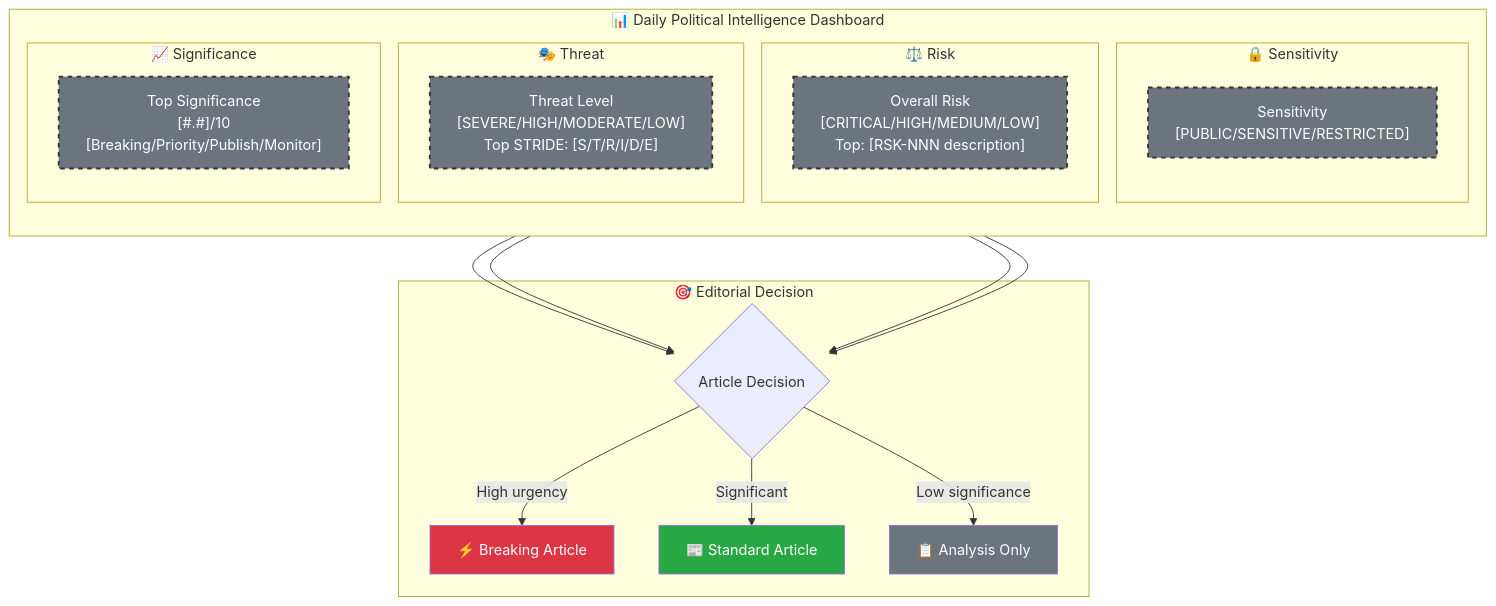
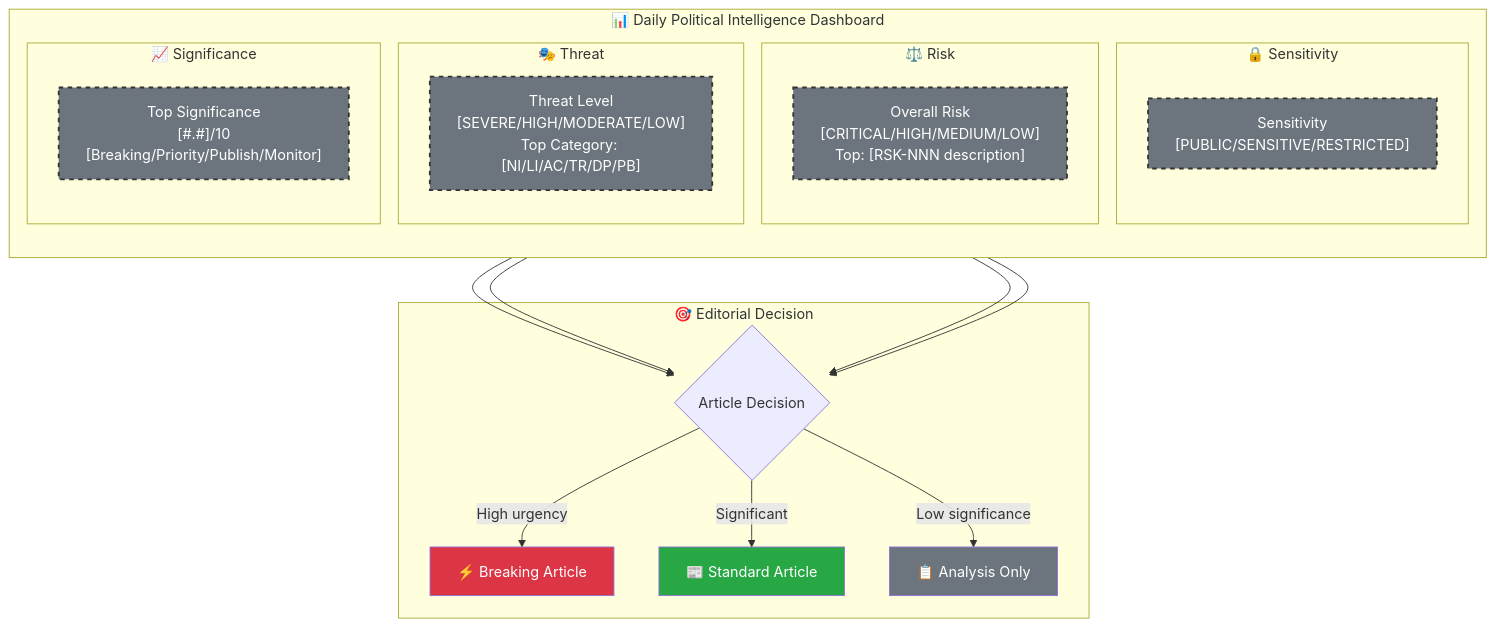
Before and after one commit to Hack23/riksdagsmonitor: the first of 2 diagrams in analysis/templates/synthesis-summary.md, drawn with Mermaid. The commit also changed other lines of this file and 5 other files, not shown here.

First line of the commit message:
Remove ALL STRIDE/PRIDES references — replace with Political Threat Taxonomy in methodologies, templates, and prompts

````diff
--- a/analysis/templates/synthesis-summary.md
+++ b/analysis/templates/synthesis-summary.md
@@ -56,38 +56,38 @@
 ```mermaid
 graph TD
     subgraph "📊 Daily Political Intelligence Dashboard"
         direction TB
         subgraph "🔒 Sensitivity"
             CLS["Sensitivity<br/>[PUBLIC/SENSITIVE/RESTRICTED]"]
         end
         subgraph "⚖️ Risk"
             RSK["Overall Risk<br/>[CRITICAL/HIGH/MEDIUM/LOW]<br/>Top: [RSK-NNN description]"]
         end
         subgraph "🎭 Threat"
-            THR["Threat Level<br/>[SEVERE/HIGH/MODERATE/LOW]<br/>Top STRIDE: [S/T/R/I/D/E]"]
+            THR["Threat Level<br/>[SEVERE/HIGH/MODERATE/LOW]<br/>Top Category: [NI/LI/AC/TR/DP/PB]"]
         end
         subgraph "📈 Significance"
             SIG["Top Significance<br/>[#.#]/10<br/>[Breaking/Priority/Publish/Monitor]"]
         end
     end
 
     subgraph "🎯 Editorial Decision"
         DEC{Article Decision}
         DEC -->|"High urgency"| BRK["⚡ Breaking Article"]
         DEC -->|"Significant"| STD["📰 Standard Article"]
         DEC -->|"Low significance"| MON["📋 Analysis Only"]
     end
 
     CLS --> DEC
     RSK --> DEC
     THR --> DEC
     SIG --> DEC
 
     style CLS fill:#6c757d,stroke:#333,stroke-width:2px,stroke-dasharray:5 5,color:#fff
     style RSK fill:#6c757d,stroke:#333,stroke-width:2px,stroke-dasharray:5 5,color:#fff
     style THR fill:#6c757d,stroke:#333,stroke-width:2px,stroke-dasharray:5 5,color:#fff
     style SIG fill:#6c757d,stroke:#333,stroke-width:2px,stroke-dasharray:5 5,color:#fff
     style BRK fill:#dc3545,color:#fff
     style STD fill:#28a745,color:#fff
     style MON fill:#6c757d,color:#fff
 ```
````
